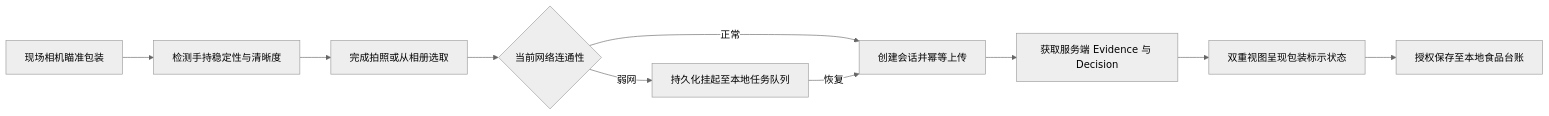
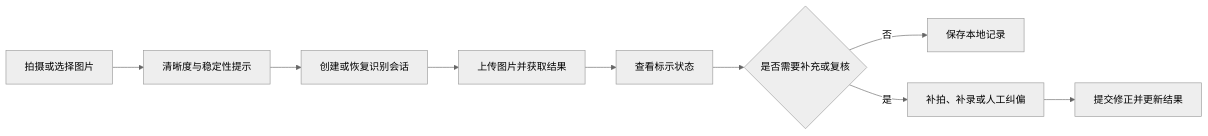
The diagram in README.md (QingMouFoodDate/MobileClient), drawn with Mermaid (neutral theme) before and after one commit. The commit also changed other lines of this file, not shown here.

````diff
--- a/README.md
+++ b/README.md
@@ -50,12 +64,11 @@
 ```mermaid
 flowchart LR
-    A["现场相机瞄准包装"] --> B["检测手持稳定性与清晰度"]
-    B --> C["完成拍照或从相册选取"]
-    C --> D{"当前网络连通性"}
-    D -->|正常| E["创建会话并幂等上传"]
-    D -->|弱网| F["持久化挂起至本地任务队列"]
-    F -->|恢复| E
-    E --> G["获取服务端 Evidence 与 Decision"]
-    G --> H["双重视图呈现包装标示状态"]
-    H --> I["授权保存至本地食品台账"]
+    A["拍摄或选择图片"] --> B["清晰度与稳定性提示"]
+    B --> C["创建或恢复识别会话"]
+    C --> D["上传图片并获取结果"]
+    D --> E["查看标示状态"]
+    E --> F{"是否需要补充或复核"}
+    F -->|"否"| G["保存本地记录"]
+    F -->|"是"| H["补拍、补录或人工纠偏"]
+    H --> I["提交修正并更新结果"]
 ```
````
